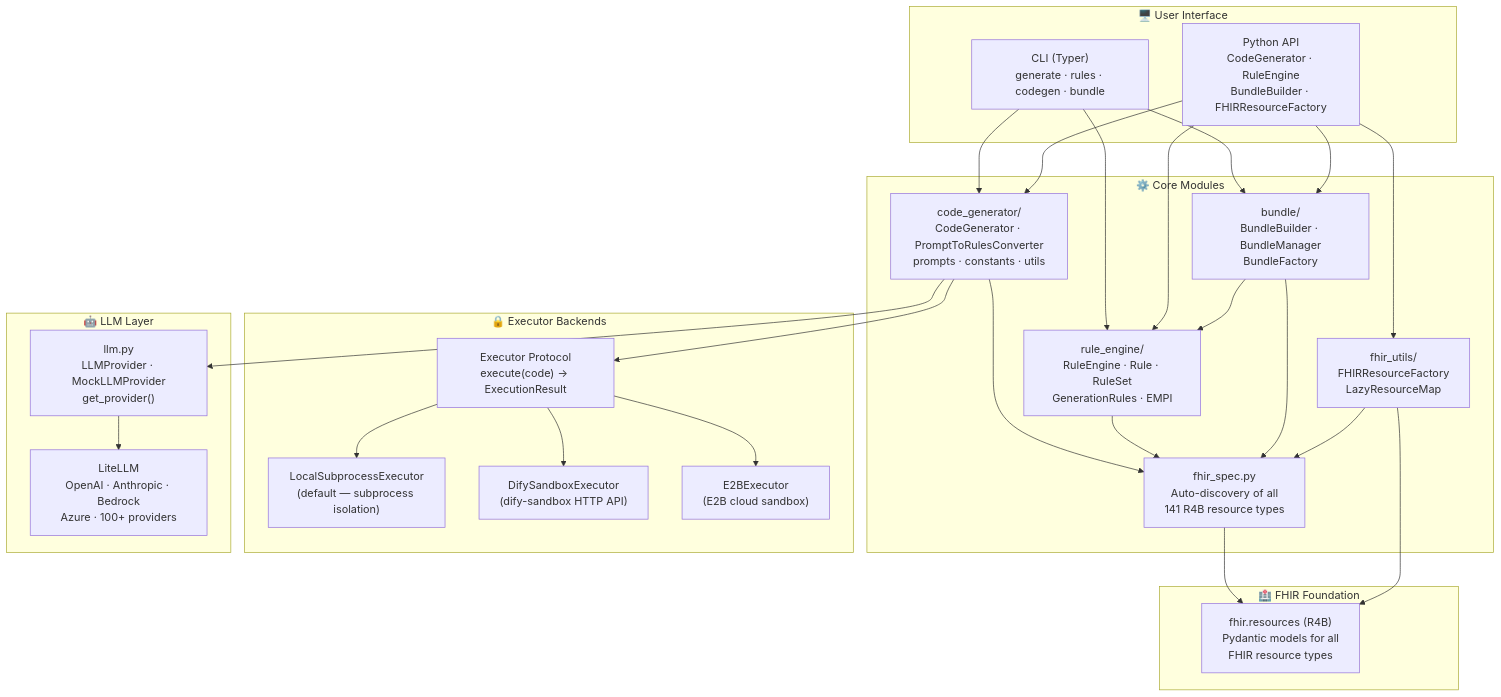
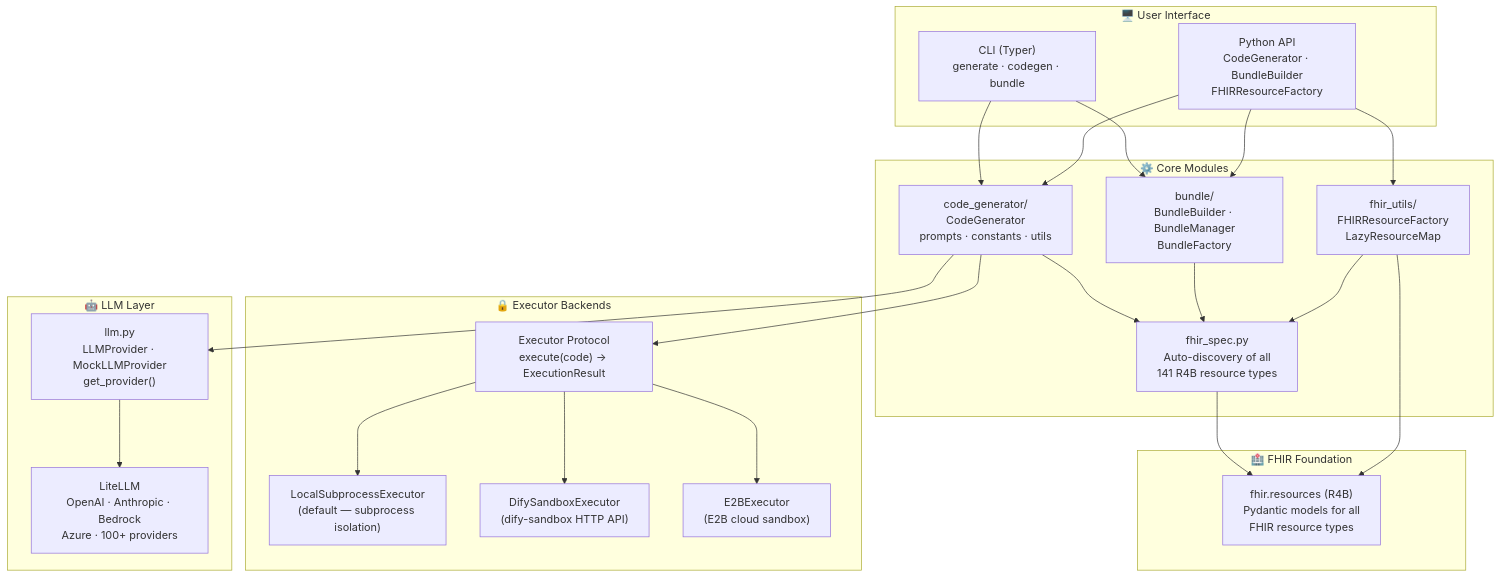
Before and after one commit to alvinhenrick/fhir-synth: the first of 3 diagrams in docs/architecture.md, drawn with Mermaid. The commit also changed 21 other files, not shown here.

Commit message:
feat: remove build_rules_prompt function and related references

````diff
--- a/docs/architecture.md
+++ b/docs/architecture.md
@@ -5,54 +5,49 @@
 ```mermaid
 graph TB
     subgraph UI["🖥️ User Interface"]
-        CLI["CLI (Typer)\ngenerate · rules · codegen · bundle"]
-        API["Python API\nCodeGenerator · RuleEngine\nBundleBuilder · FHIRResourceFactory"]
+        CLI["CLI (Typer)\ngenerate · codegen · bundle"]
+        API["Python API\nCodeGenerator · BundleBuilder\nFHIRResourceFactory"]
     end
 
     subgraph CORE["⚙️ Core Modules"]
-        CG["code_generator/\nCodeGenerator · PromptToRulesConverter\nprompts · constants · utils"]
-        RE["rule_engine/\nRuleEngine · Rule · RuleSet\nGenerationRules · EMPI"]
+        CG["code_generator/\nCodeGenerator\nprompts · constants · utils"]
         BB["bundle/\nBundleBuilder · BundleManager\nBundleFactory"]
         FU["fhir_utils/\nFHIRResourceFactory\nLazyResourceMap"]
         FS["fhir_spec.py\nAuto-discovery of all\n141 R4B resource types"]
     end
 
     subgraph EXEC["🔒 Executor Backends"]
         EX_IF["Executor Protocol\nexecute(code) → ExecutionResult"]
         LOCAL["LocalSubprocessExecutor\n(default — subprocess isolation)"]
         DIFY["DifySandboxExecutor\n(dify-sandbox HTTP API)"]
         E2B["E2BExecutor\n(E2B cloud sandbox)"]
     end
 
     subgraph LLM_LAYER["🤖 LLM Layer"]
         LLM["llm.py\nLLMProvider · MockLLMProvider\nget_provider()"]
         LITELLM["LiteLLM\nOpenAI · Anthropic · Bedrock\nAzure · 100+ providers"]
     end
 
     subgraph FHIR["🏥 FHIR Foundation"]
         FR["fhir.resources (R4B)\nPydantic models for all\nFHIR resource types"]
     end
 
     CLI --> CG
-    CLI --> RE
     CLI --> BB
     API --> CG
-    API --> RE
     API --> BB
     API --> FU
 
     CG --> EX_IF
     EX_IF --> LOCAL
     EX_IF --> DIFY
     EX_IF --> E2B
 
     CG --> LLM
     CG --> FS
-    RE --> FS
-    BB --> RE
     BB --> FS
     FU --> FS
     LLM --> LITELLM
     FS --> FR
     FU --> FR
 ```
````
